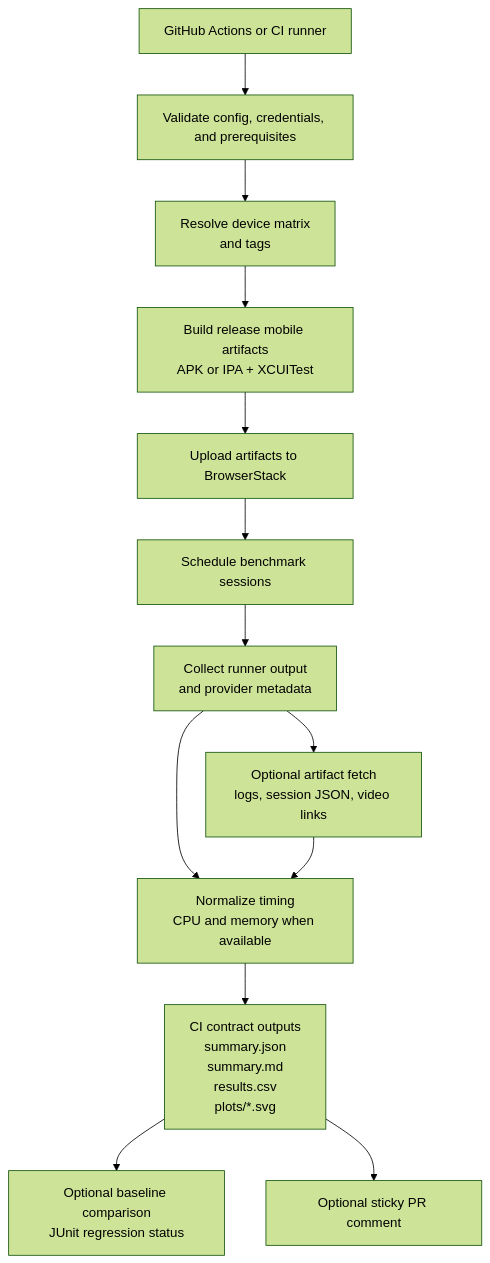
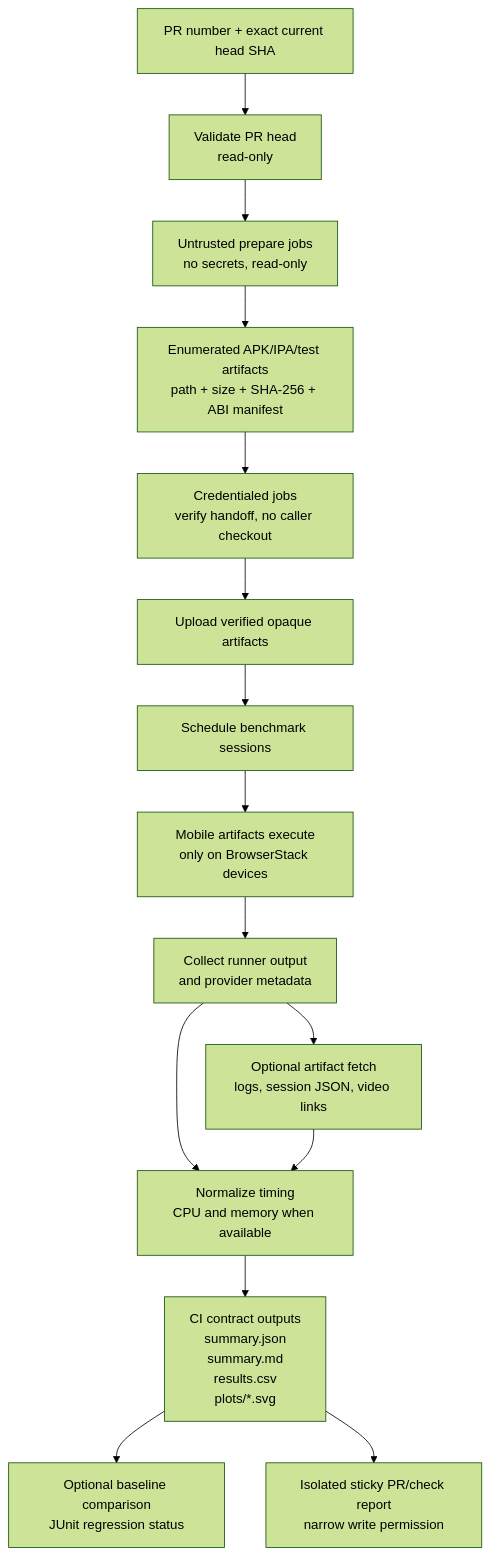
One commit to worldcoin/mobile-bench-rs changed the diagram in docs/diagrams/browserstack-ci-lifecycle.mmd. Above: the diagram before and after it, drawn with Mermaid (forest theme). The commit also changed 54 other files, not shown here.

First line of the commit message:
Release 0.1.44: harden BrowserStack PR boundary

```diff
--- a/docs/diagrams/browserstack-ci-lifecycle.mmd
+++ b/docs/diagrams/browserstack-ci-lifecycle.mmd
@@ -1,26 +1,30 @@
 flowchart TD
-    workflow["GitHub Actions or CI runner"]
-    doctor["Validate config, credentials, and prerequisites"]
-    resolve["Resolve device matrix\nand tags"]
-    build["Build release mobile artifacts\nAPK or IPA + XCUITest"]
-    upload["Upload artifacts to BrowserStack"]
+    request["PR number + exact current head SHA"]
+    validate["Validate PR head\nread-only"]
+    build["Untrusted prepare jobs\nno secrets, read-only"]
+    manifest["Enumerated APK/IPA/test artifacts\npath + size + SHA-256 + ABI manifest"]
+    verify["Credentialed jobs\nverify handoff, no caller checkout"]
+    upload["Upload verified opaque artifacts"]
     schedule["Schedule benchmark sessions"]
+    device["Mobile artifacts execute\nonly on BrowserStack devices"]
     collect["Collect runner output\nand provider metadata"]
     fetch["Optional artifact fetch\nlogs, session JSON, video links"]
     normalize["Normalize timing\nCPU and memory when available"]
     outputs["CI contract outputs\nsummary.json\nsummary.md\nresults.csv\nplots/*.svg"]
     regressions["Optional baseline comparison\nJUnit regression status"]
-    pr["Optional sticky PR comment"]
+    pr["Isolated sticky PR/check report\nnarrow write permission"]
 
-    workflow --> doctor
-    doctor --> resolve
-    resolve --> build
-    build --> upload
+    request --> validate
+    validate --> build
+    build --> manifest
+    manifest --> verify
+    verify --> upload
     upload --> schedule
-    schedule --> collect
+    schedule --> device
+    device --> collect
     collect --> fetch
     collect --> normalize
     fetch --> normalize
     normalize --> outputs
     outputs --> regressions
     outputs --> pr
```
